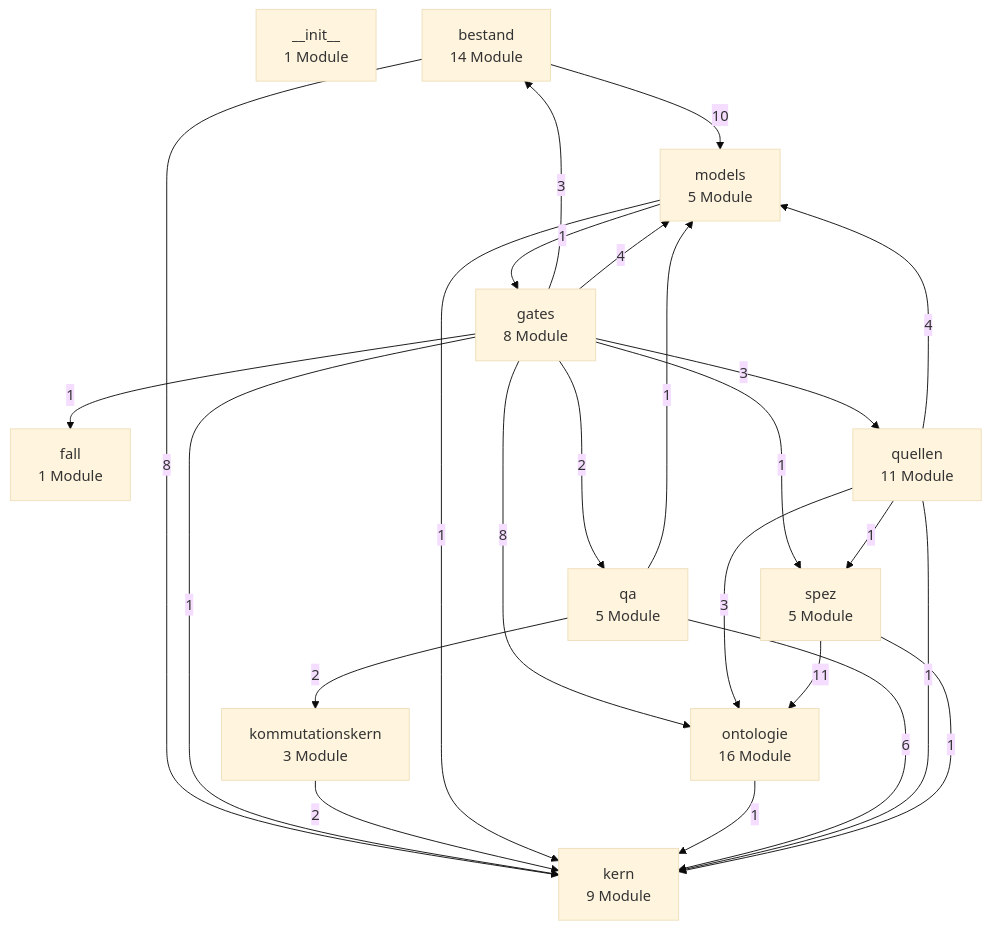
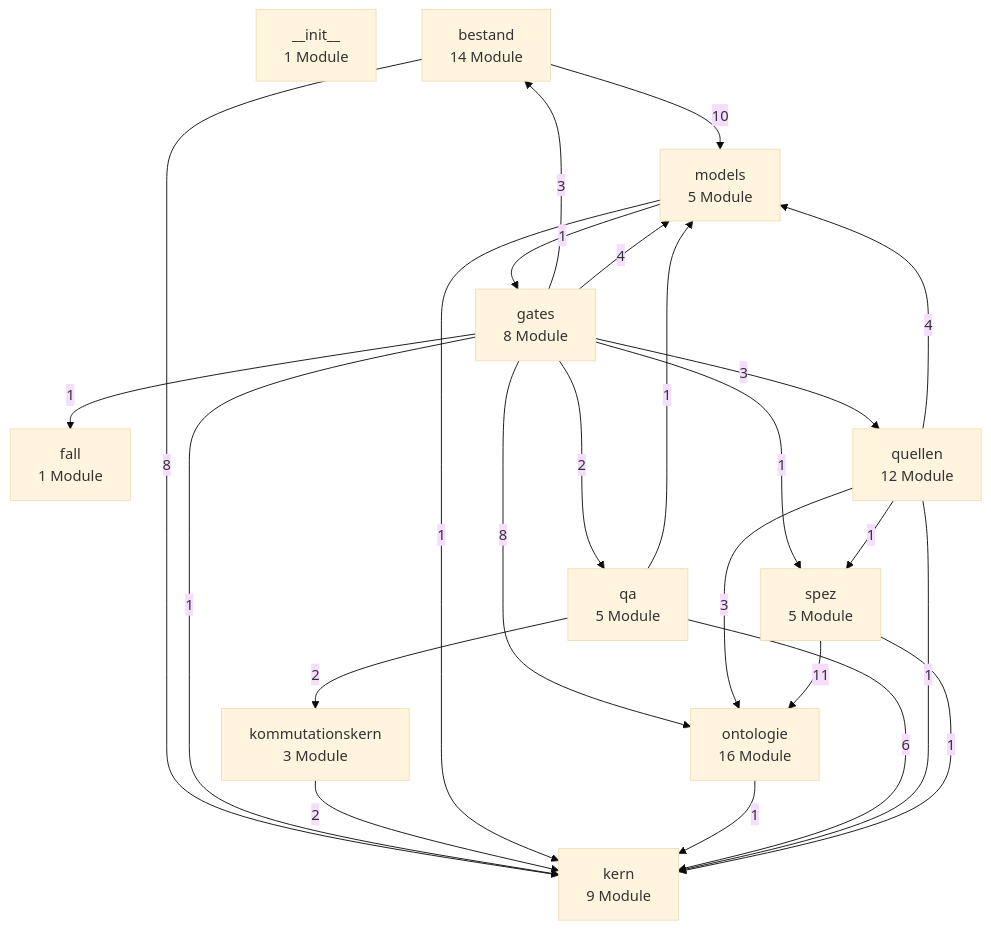
One commit to bartlmac/rechner-pipeline changed the first of 3 diagrams in docs/architektur/landkarte.md. Above: the diagram before and after it, drawn with Mermaid (base theme). The commit also changed other lines of this file and 7 other files, not shown here.

````diff
--- a/docs/architektur/landkarte.md
+++ b/docs/architektur/landkarte.md
@@ -27,38 +27,38 @@
 ```mermaid
 %% Schichten — erzeugt von ontologie.landkarte
 flowchart TD
     n__init__["__init__<br/>1 Module"]
     bestand["bestand<br/>14 Module"]
     fall["fall<br/>1 Module"]
     gates["gates<br/>8 Module"]
     kern["kern<br/>9 Module"]
     kommutationskern["kommutationskern<br/>3 Module"]
     models["models<br/>5 Module"]
     ontologie["ontologie<br/>16 Module"]
     qa["qa<br/>5 Module"]
-    quellen["quellen<br/>11 Module"]
+    quellen["quellen<br/>12 Module"]
     spez["spez<br/>5 Module"]
     bestand -- 8 --> kern
     bestand -- 10 --> models
     gates -- 3 --> bestand
     gates -- 1 --> fall
     gates -- 1 --> kern
     gates -- 4 --> models
     gates -- 8 --> ontologie
     gates -- 2 --> qa
     gates -- 3 --> quellen
     gates -- 1 --> spez
     kommutationskern -- 2 --> kern
     models -- 1 --> gates
     models -- 1 --> kern
     ontologie -- 1 --> kern
     qa -- 6 --> kern
     qa -- 2 --> kommutationskern
     qa -- 1 --> models
     quellen -- 1 --> kern
     quellen -- 4 --> models
     quellen -- 3 --> ontologie
     quellen -- 1 --> spez
     spez -- 1 --> kern
     spez -- 11 --> ontologie
 ```
````
